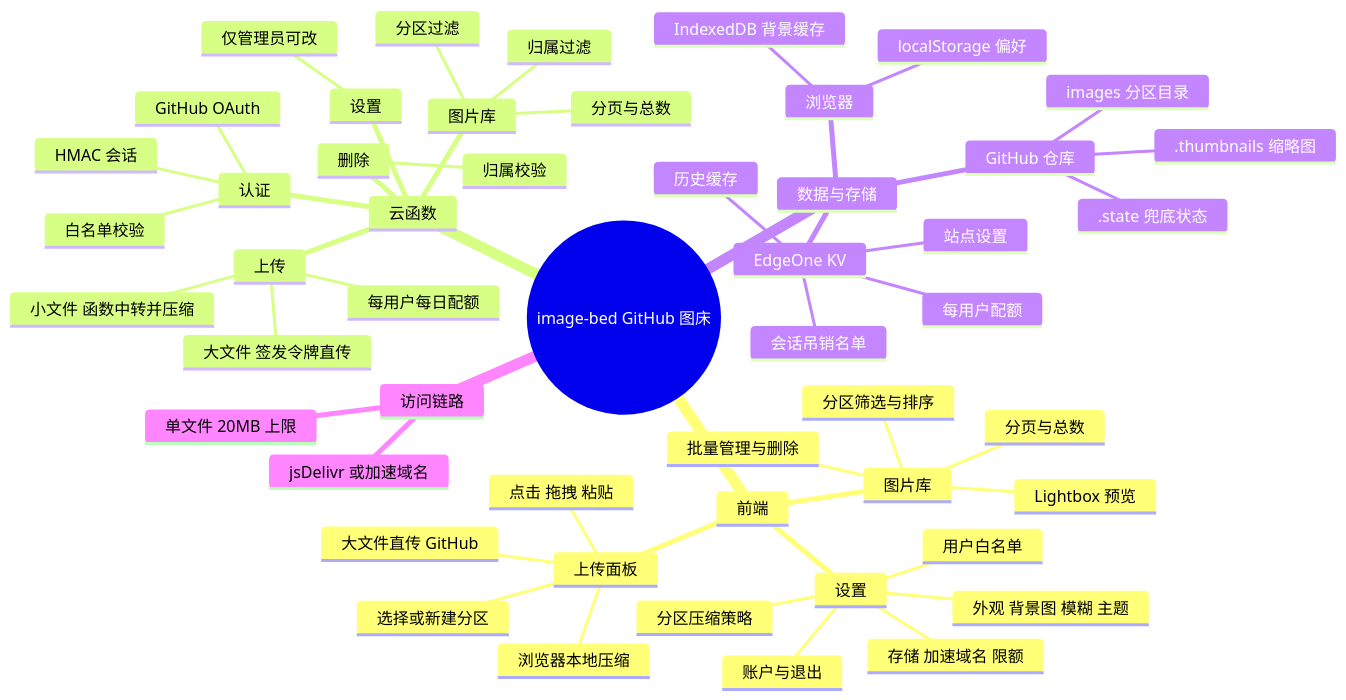
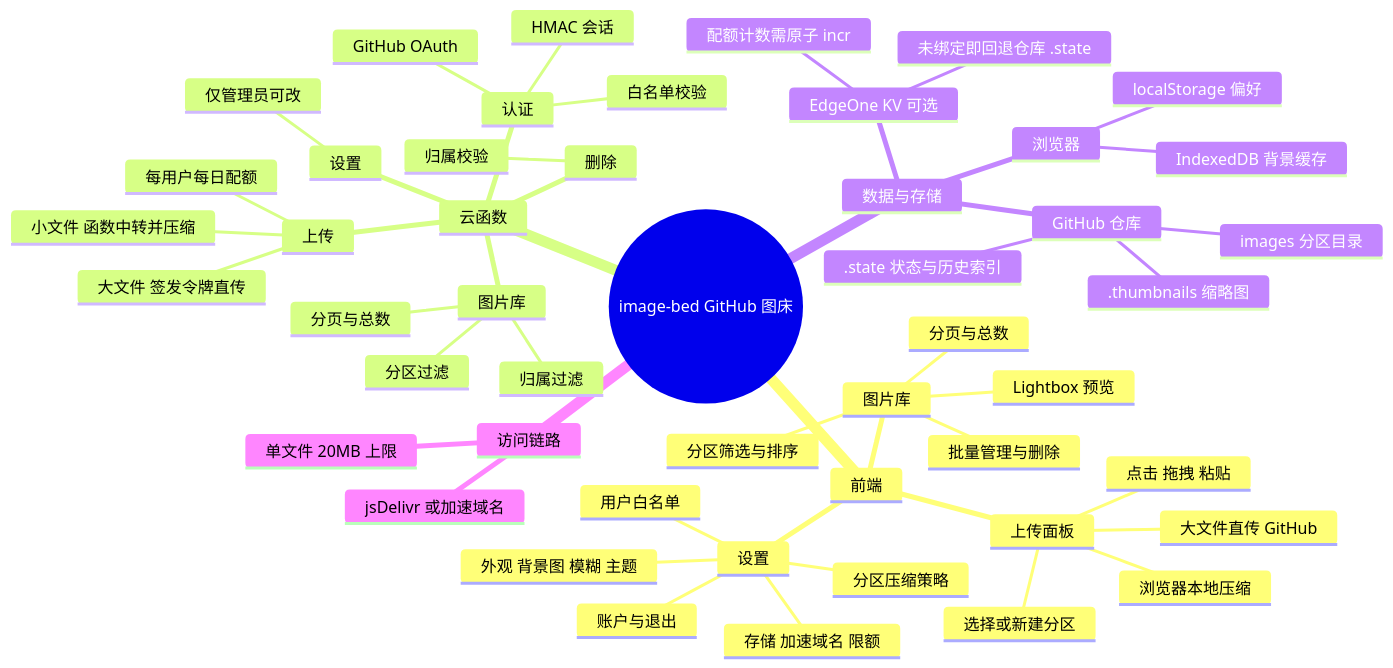
The diagram in README.md (cyz-domo/image-bed), drawn with Mermaid before and after one commit. The commit also changed other lines of this file and 2 other files, not shown here.

````diff
--- a/README.md
+++ b/README.md
@@ -30,54 +31,52 @@
 ```mermaid
 mindmap
   root((image-bed GitHub 图床))
     前端
       上传面板
         点击 拖拽 粘贴
         选择或新建分区
         浏览器本地压缩
         大文件直传 GitHub
       图片库
         分区筛选与排序
         分页与总数
         批量管理与删除
         Lightbox 预览
       设置
         外观 背景图 模糊 主题
         存储 加速域名 限额
         分区压缩策略
         用户白名单
         账户与退出
     云函数
       认证
         GitHub OAuth
         白名单校验
         HMAC 会话
       上传
         小文件 函数中转并压缩
         大文件 签发令牌直传
         每用户每日配额
       图片库
         归属过滤
         分区过滤
         分页与总数
       删除
         归属校验
       设置
         仅管理员可改
     数据与存储
       GitHub 仓库
         images 分区目录
         .thumbnails 缩略图
-        .state 兜底状态
-      EdgeOne KV
-        会话吊销名单
-        每用户配额
-        站点设置
-        历史缓存
+        .state 状态与历史索引
+      EdgeOne KV 可选
+        未绑定即回退仓库 .state
+        配额计数需原子 incr
       浏览器
         IndexedDB 背景缓存
         localStorage 偏好
     访问链路
       jsDelivr 或加速域名
       单文件 20MB 上限
 ```
````
